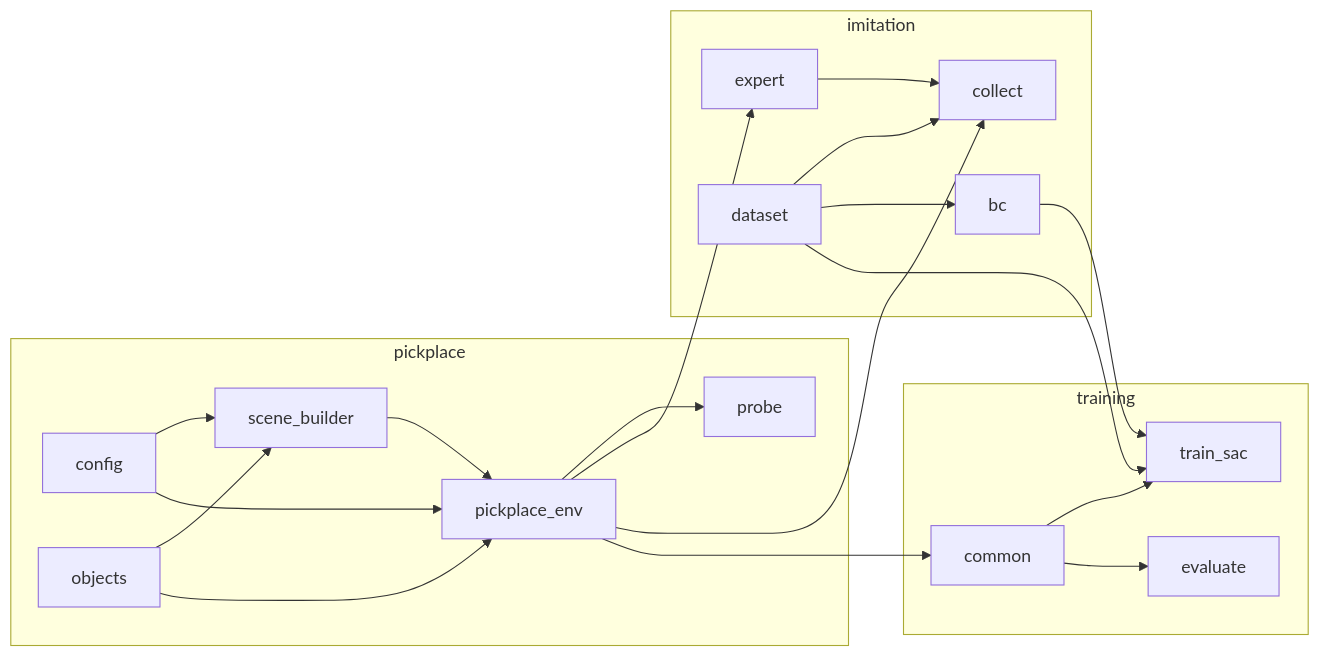
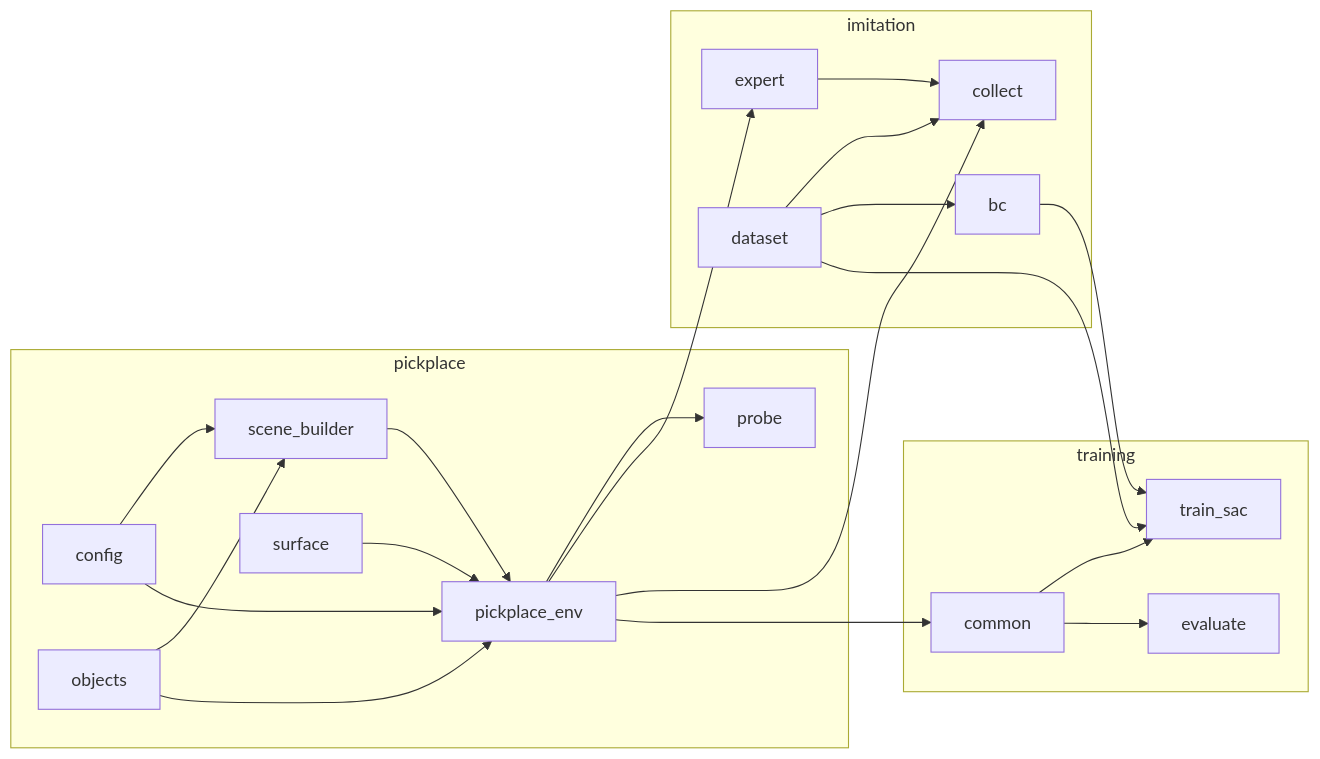
The first of 2 diagrams in README.md (ShUbHkHaNdElWaL493/Sysmic-RL), drawn with Mermaid before and after one commit. The commit also changed other lines of this file and 12 other files, not shown here.

````diff
--- a/README.md
+++ b/README.md
@@ -89,25 +90,26 @@
 ```mermaid
 flowchart LR
   subgraph pickplace
     C[config] --> SB[scene_builder]
     O[objects] --> SB
     C --> E[pickplace_env]
     O --> E
     SB --> E
+    S[surface] --> E
     E --> P[probe]
   end
   subgraph imitation
     X[expert] --> CO[collect]
     D[dataset] --> CO
     D --> BC[bc]
   end
   subgraph training
     CM[common] --> TS[train_sac]
     CM --> EV[evaluate]
   end
   E --> X
   E --> CO
   E --> CM
   BC --> TS
   D --> TS
 ```
````
